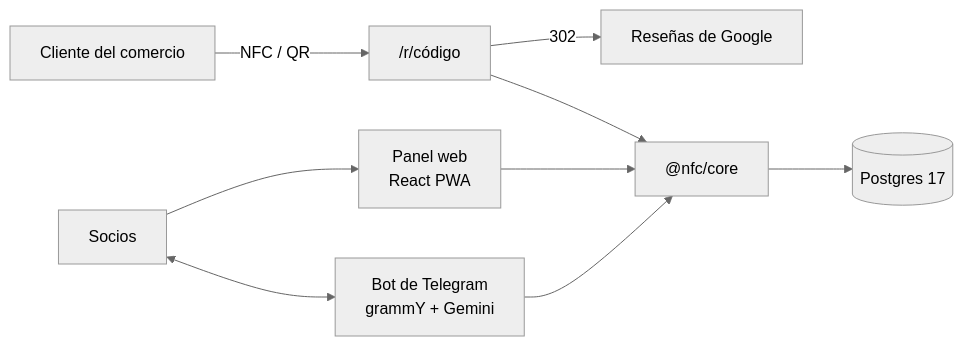
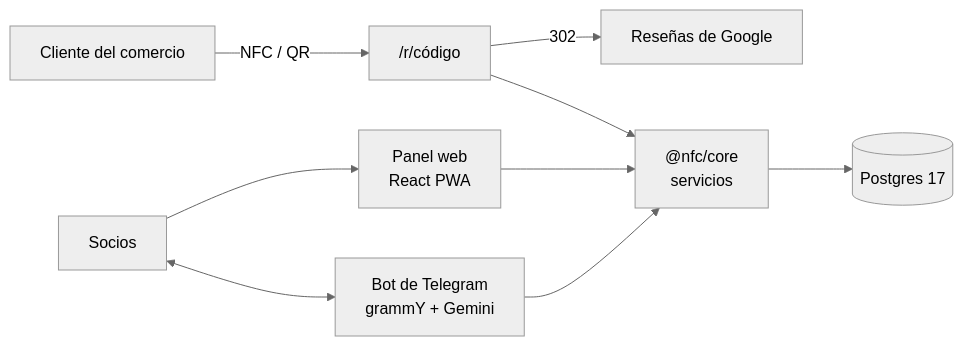
Before and after one commit to jlgarciavalverde/nfc-bot: the diagram in README.md, drawn with Mermaid (neutral theme). The commit also changed other lines of this file and 9 other files, not shown here.

````diff
--- a/README.md
+++ b/README.md
@@ -12,7 +24,7 @@
 ```mermaid
 flowchart LR
   socios["Socios"] <--> bot["Bot de Telegram<br/>grammY + Gemini"]
   socios --> panel["Panel web<br/>React PWA"]
   cliente["Cliente del comercio"] -- "NFC / QR" --> r["/r/código"] -- 302 --> google["Reseñas de Google"]
-  bot & panel & r --> core["@nfc/core"] --> db[("Postgres 17")]
+  bot & panel & r --> core["@nfc/core<br/>servicios"] --> db[("Postgres 17")]
 ```
````
